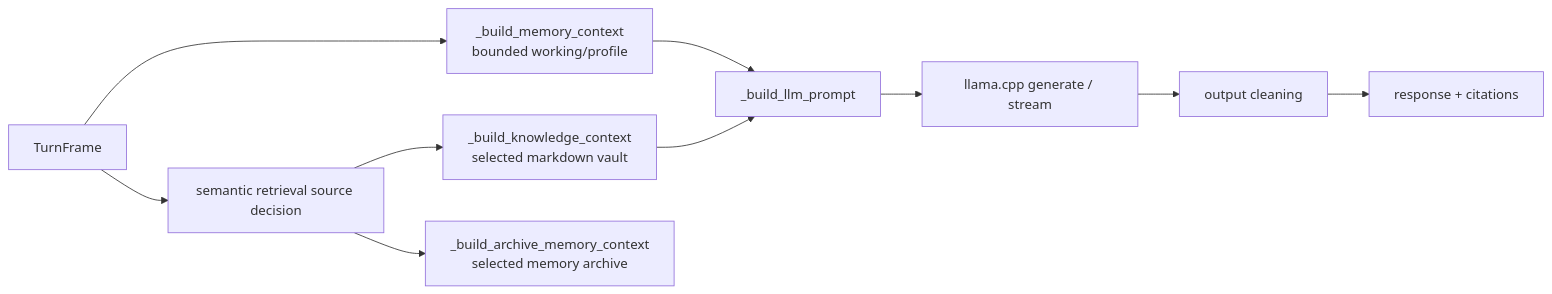
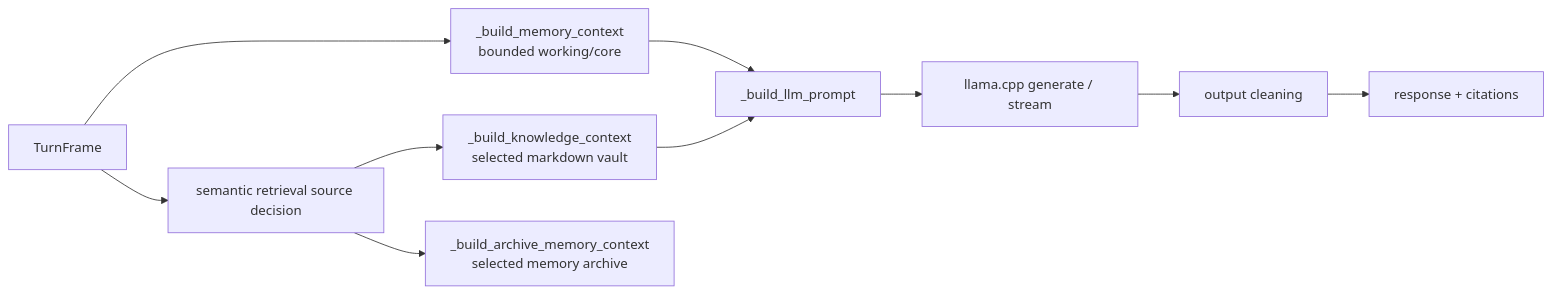
Before and after one commit to finalflash159/soca: the third of 4 diagrams in docs/05-assistant-runtime.md, drawn with Mermaid. The commit also changed other lines of this file and 187 other files, not shown here.

````diff
--- a/docs/05-assistant-runtime.md
+++ b/docs/05-assistant-runtime.md
@@ -116,11 +113,11 @@
 ```mermaid
 flowchart LR
-    F[TurnFrame] --> M[_build_memory_context<br/>bounded working/profile]
+    F[TurnFrame] --> M[_build_memory_context<br/>bounded working/core]
     F --> R[semantic retrieval source decision]
     R --> K[_build_knowledge_context<br/>selected markdown vault]
     R --> A[_build_archive_memory_context<br/>selected memory archive]
     M & K --> P[_build_llm_prompt]
     P --> LLM[llama.cpp generate / stream]
     LLM --> CL[output cleaning]
     CL --> OUT[response + citations]
 ```
````
